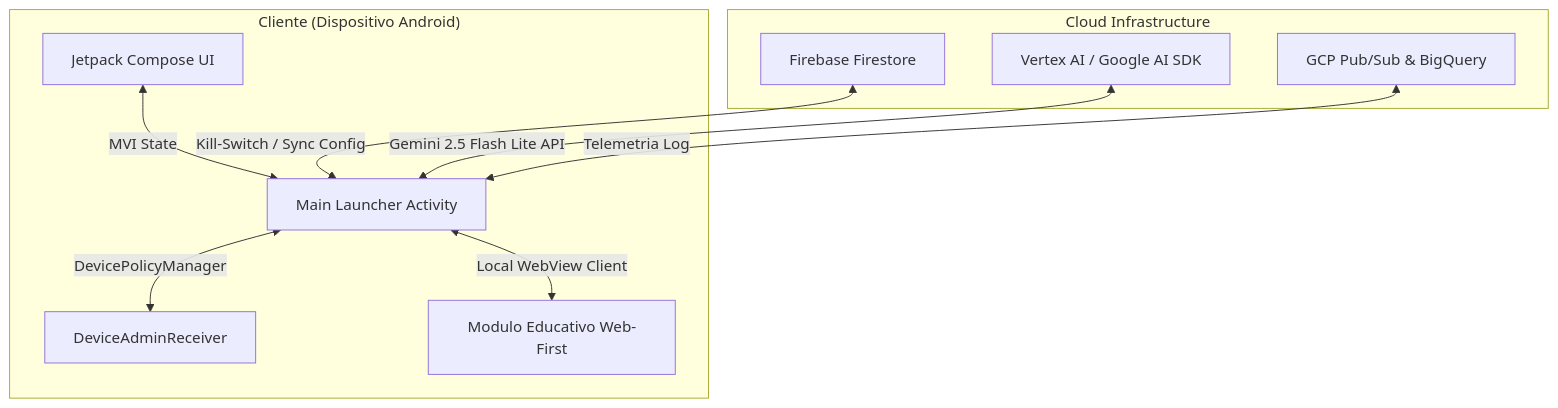
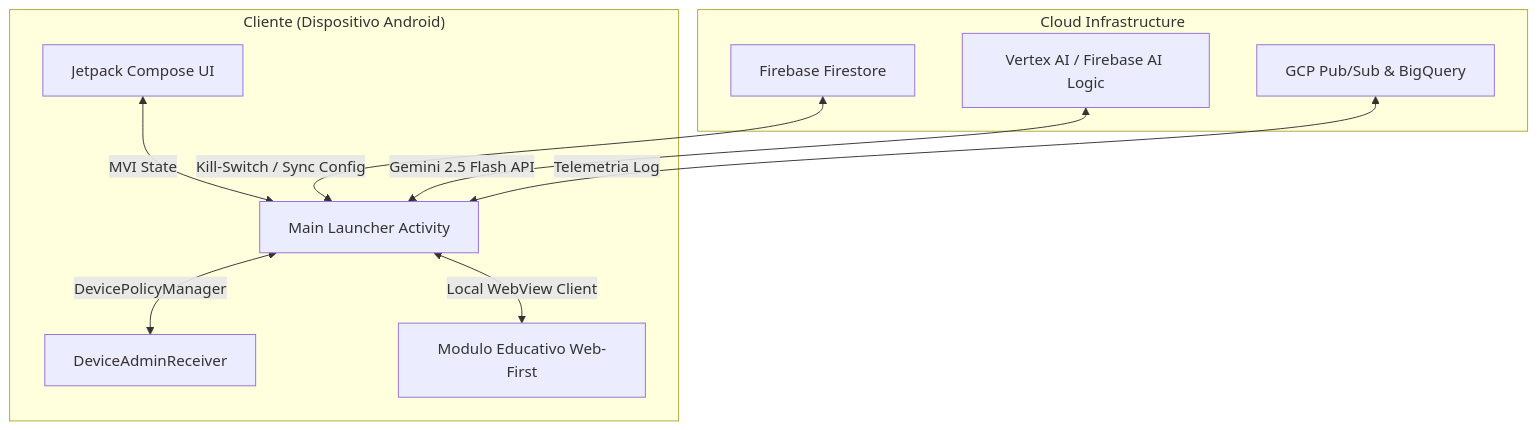
The diagram in 02-arquitectura-tecnica/README.md (j-angel-borges/zentry-ssot), drawn with Mermaid before and after one commit. The commit also changed other lines of this file and 17 other files, not shown here.

````diff
--- a/02-arquitectura-tecnica/README.md
+++ b/02-arquitectura-tecnica/README.md
@@ -28,13 +28,13 @@
 ```mermaid
 graph TD
     subgraph "Cliente (Dispositivo Android)"
         A[Jetpack Compose UI] <-->|MVI State| B[Main Launcher Activity]
         B <-->|DevicePolicyManager| C[DeviceAdminReceiver]
         B <-->|Local WebView Client| D[Modulo Educativo Web-First]
     end
     subgraph "Cloud Infrastructure"
         E[Firebase Firestore] <-->|Kill-Switch / Sync Config| B
-        F[Vertex AI / Google AI SDK] <-->|Gemini 2.5 Flash Lite API| B
+        F[Vertex AI / Firebase AI Logic] <-->|Gemini 2.5 Flash API| B
         G[GCP Pub/Sub & BigQuery] <-->|Telemetria Log| B
     end
 ```
````
